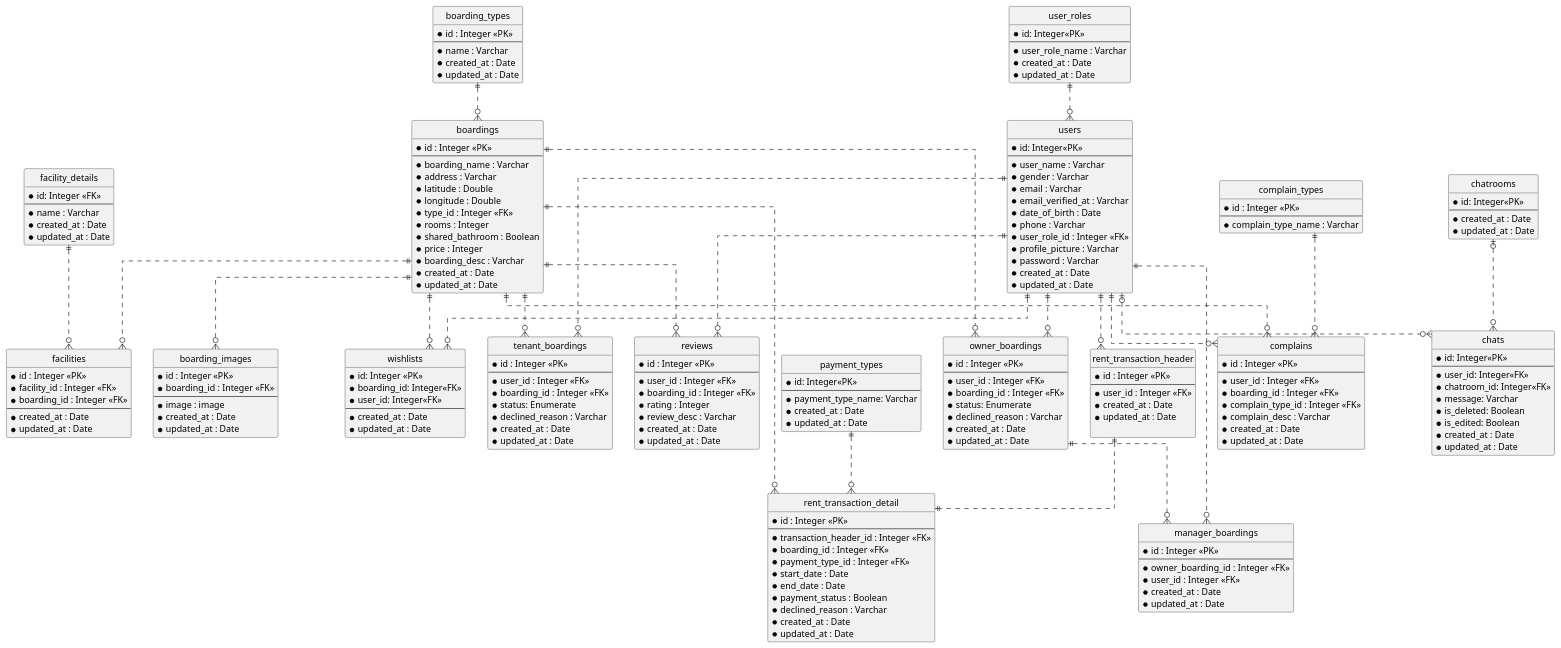
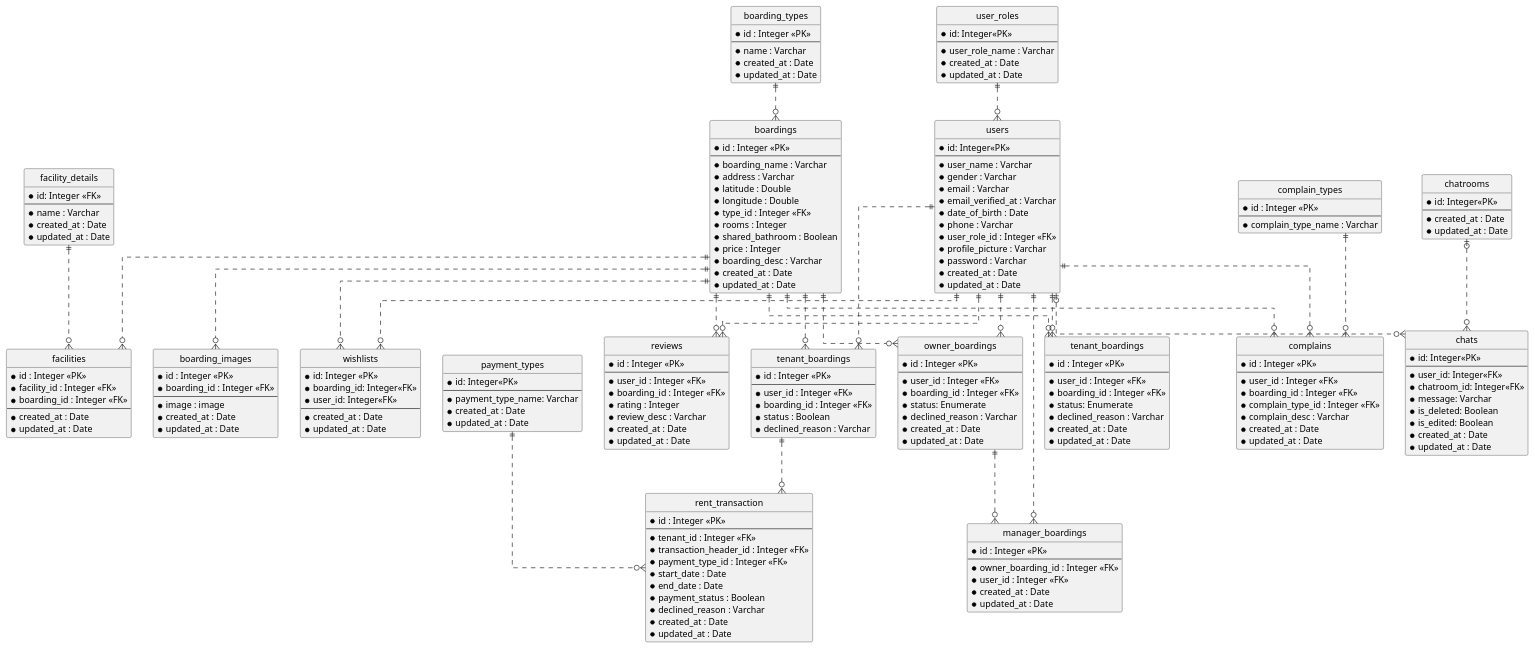
The diagram in Design/BHFMS_ERD.puml (AntWort21/BHFMS), drawn with PlantUML before and after one commit. The commit also changed 15 other files, not shown here.

Commit message:
TenantBoarding

```diff
--- a/Design/BHFMS_ERD.puml
+++ b/Design/BHFMS_ERD.puml
@@ -53,6 +53,15 @@
   *updated_at : Date
 }
 
+entity "tenant_boardings" as tb {
+  *id : Integer <<PK>>
+  --
+  *user_id : Integer <<FK>>
+  *boarding_id : Integer <<FK>>
+  *status : Boolean
+  *declined_reason : Varchar
+}
+
 entity "facility_details" as fd {
   *id: Integer <<FK>>
   --
@@ -80,20 +89,11 @@
   *updated_at : Date
 }
 
-entity "rent_transaction_header" as rt {
+entity "rent_transaction" as rt {
   *id : Integer <<PK>>
   --
-  *user_id : Integer <<FK>>
-  *created_at : Date
-  *updated_at : Date
-  
-}
-
-entity "rent_transaction_detail" as rtd {
-  *id : Integer <<PK>>
-  --
+  *tenant_id : Integer <<FK>>
   *transaction_header_id : Integer <<FK>> 
-  *boarding_id : Integer <<FK>>
   *payment_type_id : Integer <<FK>>
   *start_date : Date
   *end_date : Date
@@ -212,10 +212,11 @@
 bh ||..o{ f
 fd ||..o{ f
 
-usr ||..o{ rt
-bh ||..o{ rtd
-rt ||..||rtd
-pymnt ||..o{ rtd
+usr ||..o{ tb
+bh ||..o{ tb
+
+tb ||..o{ rt
+pymnt ||..o{ rt
 
 usr ||..o{ lobh
 bh ||..o{ lobh
```
